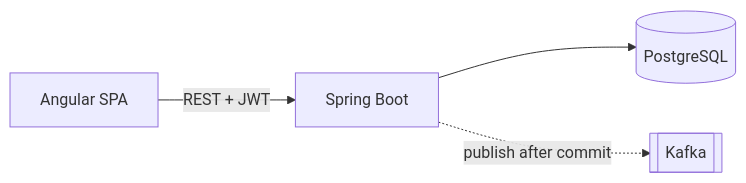
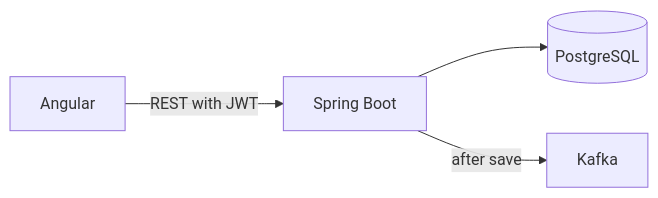
The first of 2 diagrams in docs/architecture.md (WillCraig/CapstoneProjectBoot), drawn with Mermaid before and after one commit. The commit also changed other lines of this file, not shown here.

First line of the commit message:
Simplify architecture Mermaid diagrams (#5)

````diff
--- a/docs/architecture.md
+++ b/docs/architecture.md
@@ -37,6 +39,6 @@
 ```mermaid
 flowchart LR
-  UI["Angular SPA"] -->|"REST + JWT"| API["Spring Boot"]
-  API --> PG[("PostgreSQL")]
-  API -.->|"publish after commit"| K[["Kafka"]]
+  A[Angular] -->|REST with JWT| B[Spring Boot]
+  B --> C[(PostgreSQL)]
+  B -->|after save| D[Kafka]
 ```
````
